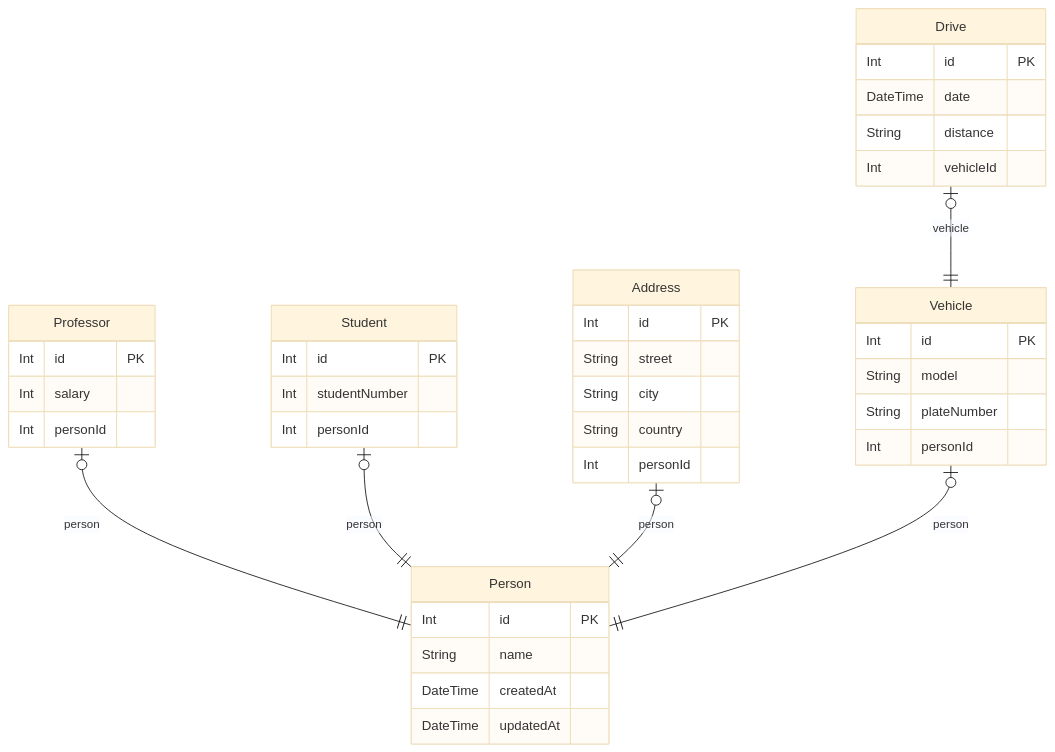
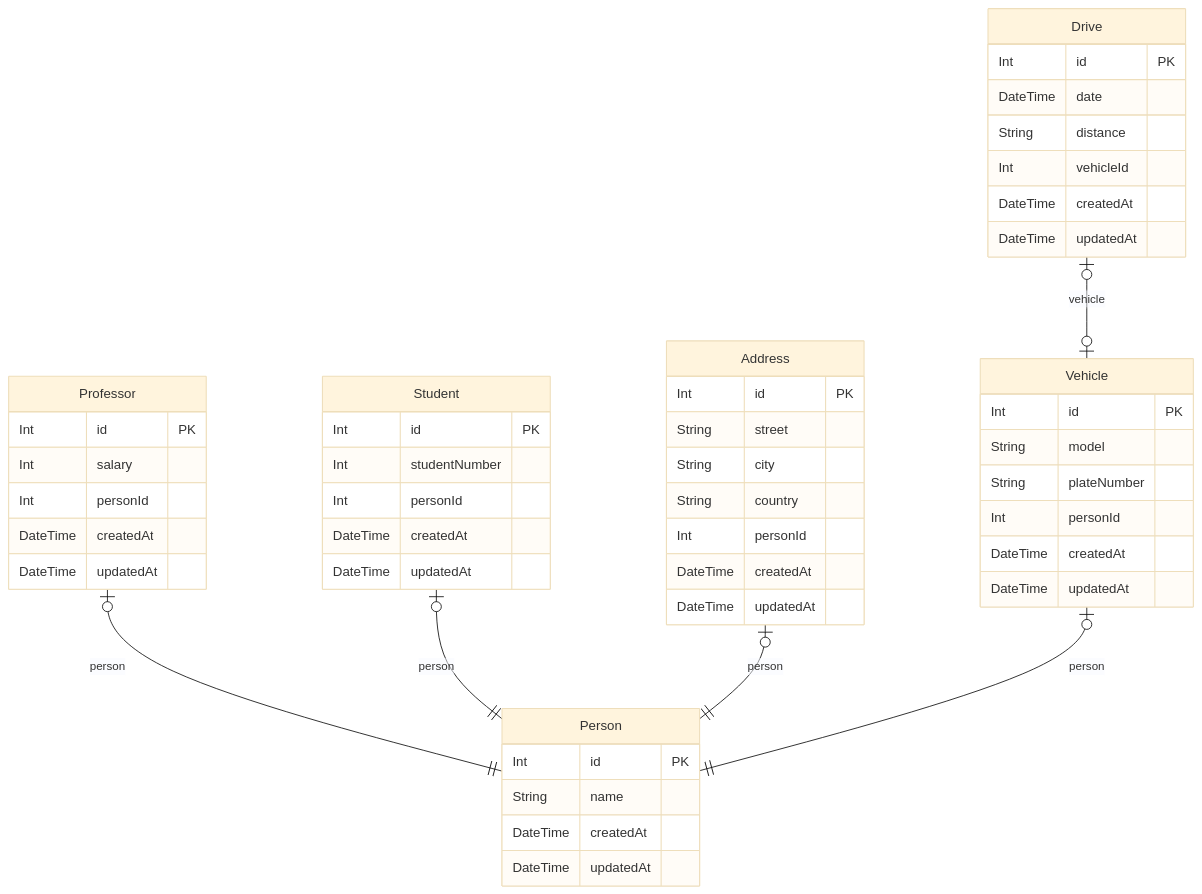
The diagram in README.md (chiefnaheem/books-app), drawn with Mermaid (base theme) before and after one commit. The commit also changed 1 other file, not shown here.

````diff
--- a/README.md
+++ b/README.md
@@ -110,55 +110,65 @@
 ```mermaid
 erDiagram
 
   Person {
     Int id PK 
     String name  
     DateTime createdAt  
     DateTime updatedAt  
     }
   
 
   Professor {
     Int id PK 
     Int salary  
     Int personId  
+    DateTime createdAt  
+    DateTime updatedAt  
     }
   
 
   Student {
     Int id PK 
     Int studentNumber  
     Int personId  
+    DateTime createdAt  
+    DateTime updatedAt  
     }
   
 
   Address {
     Int id PK 
     String street  
     String city  
     String country  
     Int personId  
+    DateTime createdAt  
+    DateTime updatedAt  
     }
   
 
   Vehicle {
     Int id PK 
     String model  
     String plateNumber  
     Int personId  
+    DateTime createdAt  
+    DateTime updatedAt  
     }
   
 
   Drive {
     Int id PK 
     DateTime date  
     String distance  
     Int vehicleId  
+    DateTime createdAt  
+    DateTime updatedAt  
     }
   
     Professor o|--|| Person : "person"
     Student o|--|| Person : "person"
     Address o|--|| Person : "person"
     Vehicle o|--|| Person : "person"
-    Drive o|--|| Vehicle : "vehicle"
+    Drive o|--|o Vehicle : "vehicle"
 ```
````
